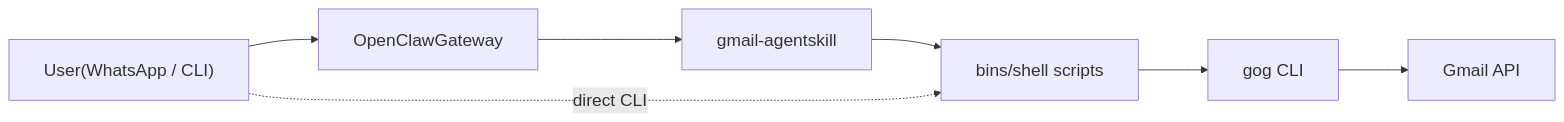
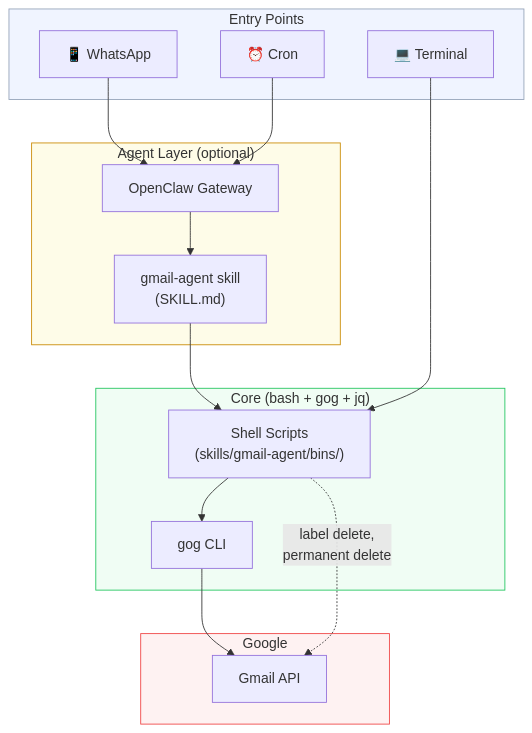
The diagram in README.md (r39132/gmail-agent), drawn with Mermaid before and after one commit. The commit also changed other lines of this file and 3 other files, not shown here.

First line of the commit message:
Add blog posts, OpenClaw config guide, and enhance architecture diagram

````diff
--- a/README.md
+++ b/README.md
@@ -166,13 +168,34 @@
 ```mermaid
-%%{init: {'theme':'default', 'themeVariables': {'fontSize': '20px'}, 'flowchart': {'nodeSpacing': 50, 'rankSpacing': 80, 'padding': 20}}}%%
-flowchart LR
-    User["User(WhatsApp / CLI)"]
-    OC["OpenClawGateway"]
-    Skill["gmail-agentskill"]
-    Scripts["bins/shell scripts"]
-    GOG["gog CLI"]
-    Gmail["Gmail API"]
+%%{init: {'theme':'default', 'themeVariables': {'fontSize':'16px'}}}%%
+flowchart TD
+    subgraph entry ["Entry Points"]
+        WA["📱 WhatsApp"]
+        CLI["💻 Terminal"]
+        Cron["⏰ Cron"]
+    end
 
-    User --> OC --> Skill --> Scripts --> GOG --> Gmail
-    User -.->|"direct CLI"| Scripts
+    subgraph agent ["Agent Layer (optional)"]
+        OC["OpenClaw Gateway"]
+        Skill["gmail-agent skill\n(SKILL.md)"]
+    end
+
+    subgraph core ["Core (bash + gog + jq)"]
+        Scripts["Shell Scripts\n(skills/gmail-agent/bins/)"]
+        GOG["gog CLI"]
+    end
+
+    subgraph google ["Google"]
+        API["Gmail API"]
+    end
+
+    WA --> OC --> Skill --> Scripts
+    Cron --> OC
+    CLI --> Scripts
+    Scripts --> GOG --> API
+    Scripts -.->|"label delete,\npermanent delete"| API
+
+    style entry fill:#f0f4ff,stroke:#94a3b8
+    style agent fill:#fefce8,stroke:#ca8a04
+    style core fill:#f0fdf4,stroke:#22c55e
+    style google fill:#fef2f2,stroke:#ef4444
 ```
````
